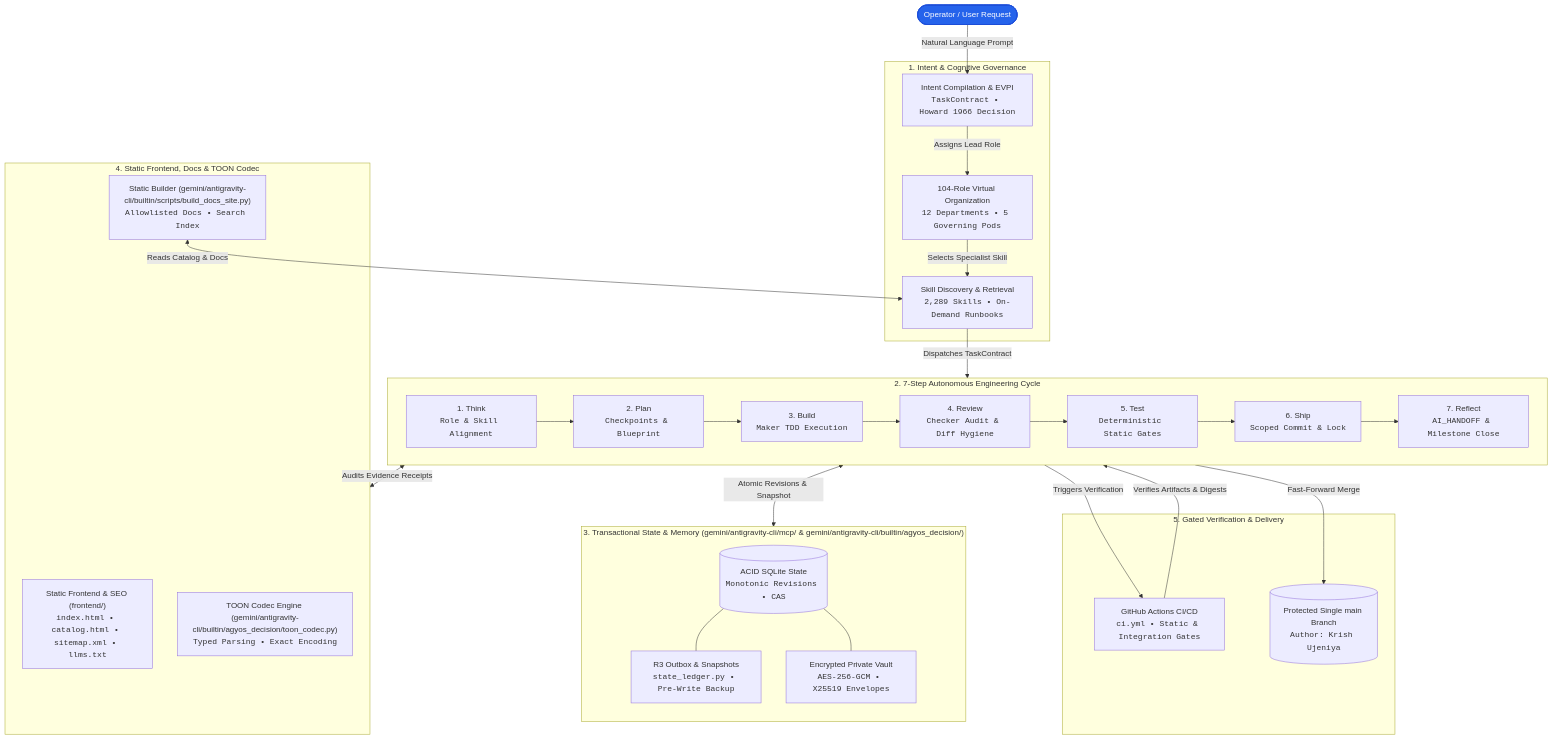
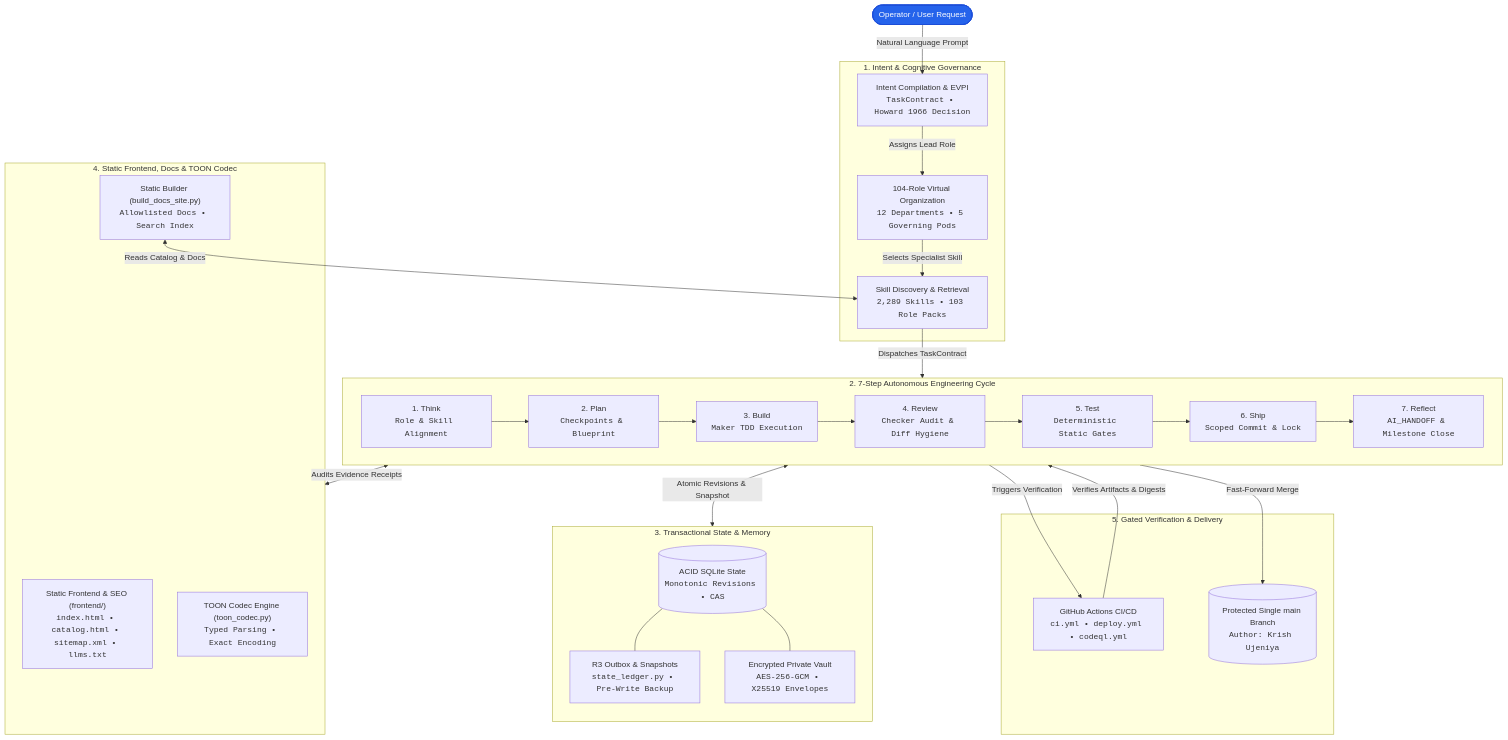
One commit to krishujeniya/AGYOS changed the diagram in README.md. Above: the diagram before and after it, drawn with Mermaid. The commit also changed other lines of this file and 6 other files, not shown here.

Commit message:
docs: align architecture, runbooks, and README with repository

````diff
--- a/README.md
+++ b/README.md
@@ -24,57 +40,55 @@
 ```mermaid
 flowchart TD
     User(["Operator / User Request"]):::operator
 
     subgraph CognitiveLayer["1. Intent & Cognitive Governance"]
         Intent["Intent Compilation & EVPI<br/><code>TaskContract • Howard 1966 Decision</code>"]
         Pods["104-Role Virtual Organization<br/><code>12 Departments • 5 Governing Pods</code>"]
-        Catalog["Skill Discovery & Retrieval<br/><code>2,289 Skills • On-Demand Runbooks</code>"]
+        Catalog["Skill Discovery & Retrieval<br/><code>2,289 Skills • 103 Role Packs</code>"]
     end
 
     subgraph AutonomousCycle["2. 7-Step Autonomous Engineering Cycle"]
         direction LR
         S1["1. Think<br/><code>Role & Skill Alignment</code>"] --> S2["2. Plan<br/><code>Checkpoints & Blueprint</code>"]
         S2 --> S3["3. Build<br/><code>Maker TDD Execution</code>"]
         S3 --> S4["4. Review<br/><code>Checker Audit & Diff Hygiene</code>"]
         S4 --> S5["5. Test<br/><code>Deterministic Static Gates</code>"]
         S5 --> S6["6. Ship<br/><code>Scoped Commit & Lock</code>"]
         S6 --> S7["7. Reflect<br/><code>AI_HANDOFF & Milestone Close</code>"]
     end
 
-    subgraph StorageEngine["3. Transactional State & Memory (gemini/antigravity-cli/mcp/ & gemini/antigravity-cli/builtin/agyos_decision/)"]
+    subgraph StorageEngine["3. Transactional State & Memory"]
         direction TB
         SQLite[("ACID SQLite State<br/><code>Monotonic Revisions • CAS</code>")]
         Outbox["R3 Outbox & Snapshots<br/><code>state_ledger.py • Pre-Write Backup</code>"]
         Vault["Encrypted Private Vault<br/><code>AES-256-GCM • X25519 Envelopes</code>"]
         SQLite --- Outbox
         SQLite --- Vault
     end
 
     subgraph RuntimeLayer["4. Static Frontend, Docs & TOON Codec"]
         Frontend["Static Frontend & SEO (frontend/)<br/><code>index.html • catalog.html • sitemap.xml • llms.txt</code>"]
-        SiteGen["Static Builder (gemini/antigravity-cli/builtin/scripts/build_docs_site.py)<br/><code>Allowlisted Docs • Search Index</code>"]
-        Codec["TOON Codec Engine (gemini/antigravity-cli/builtin/agyos_decision/toon_codec.py)<br/><code>Typed Parsing • Exact Encoding</code>"]
+        SiteGen["Static Builder (build_docs_site.py)<br/><code>Allowlisted Docs • Search Index</code>"]
+        Codec["TOON Codec Engine (toon_codec.py)<br/><code>Typed Parsing • Exact Encoding</code>"]
     end
 
     subgraph ReleaseGate["5. Gated Verification & Delivery"]
-        CI["GitHub Actions CI/CD<br/><code>ci.yml • Static & Integration Gates</code>"]
+        CI["GitHub Actions CI/CD<br/><code>ci.yml • deploy.yml • codeql.yml</code>"]
         MainBranch[("Protected Single main Branch<br/><code>Author: Krish Ujeniya</code>")]
     end
 
-    %% Connections
     User -->|"Natural Language Prompt"| Intent
     Intent -->|"Assigns Lead Role"| Pods
     Pods -->|"Selects Specialist Skill"| Catalog
     Catalog -->|"Dispatches TaskContract"| AutonomousCycle
 
     S3 <-->|"Atomic Revisions & Snapshot"| StorageEngine
     S4 <-->|"Audits Evidence Receipts"| RuntimeLayer
     SiteGen <-->|"Reads Catalog & Docs"| Catalog
 
     S5 -->|"Triggers Verification"| CI
     CI -->|"Verifies Artifacts & Digests"| S6
     S6 -->|"Fast-Forward Merge"| MainBranch
 
-    %% Class Styles
     classDef operator fill:#2563eb,stroke:#1d4ed8,color:#ffffff,stroke-width:2px;
 ```
````
